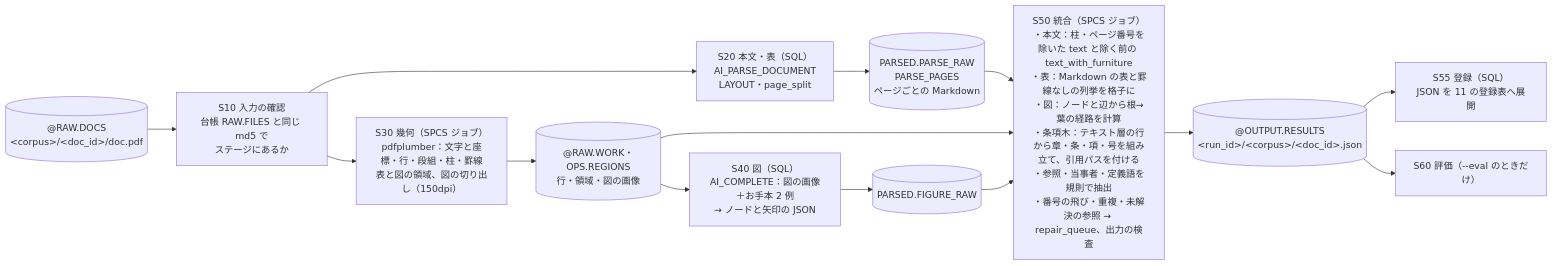
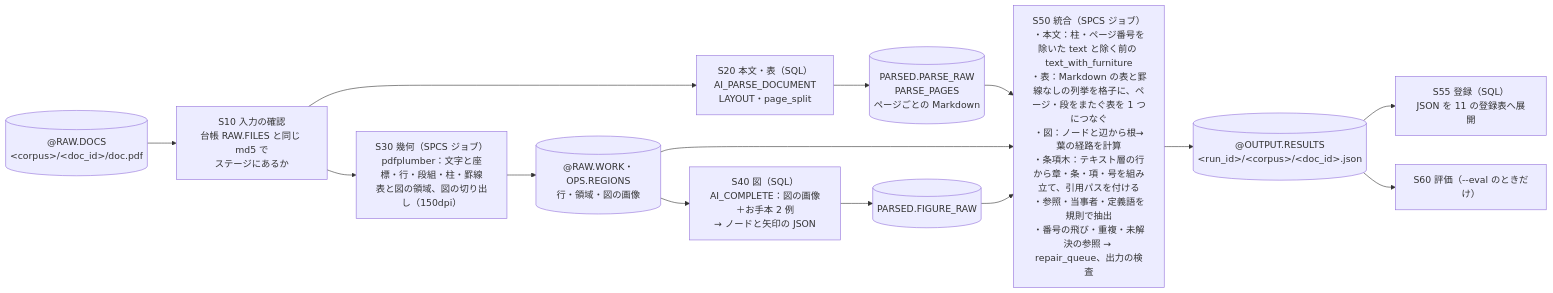
The sixth of 11 diagrams in handson/read-japanese-structured-document/README.md (Snowflake-Labs/sf-samples-jp), drawn with Mermaid before and after one commit. The commit also changed other lines of this file and 14 other files, not shown here.

````diff
--- a/handson/read-japanese-structured-document/README.md
+++ b/handson/read-japanese-structured-document/README.md
@@ -333,18 +334,18 @@
 ```mermaid
 flowchart LR
     pdf[("@RAW.DOCS<br/>&lt;corpus&gt;/&lt;doc_id&gt;/doc.pdf")]
     pdf --> s10["S10 入力の確認<br/>台帳 RAW.FILES と同じ md5 で<br/>ステージにあるか"]
     s10 --> s20["S20 本文・表（SQL）<br/>AI_PARSE_DOCUMENT<br/>LAYOUT・page_split"]
     s10 --> s30["S30 幾何（SPCS ジョブ）<br/>pdfplumber：文字と座標・行・段組・柱・罫線<br/>表と図の領域、図の切り出し（150dpi）"]
     s20 --> c1[("PARSED.PARSE_RAW<br/>PARSE_PAGES<br/>ページごとの Markdown")]
     s30 --> w[("@RAW.WORK・OPS.REGIONS<br/>行・領域・図の画像")]
     w --> s40["S40 図（SQL）<br/>AI_COMPLETE：図の画像＋お手本 2 例<br/>→ ノードと矢印の JSON"]
     s40 --> c2[("PARSED.FIGURE_RAW")]
     c1 --> s50
     w --> s50
     c2 --> s50
-    s50["S50 統合（SPCS ジョブ）<br/>・本文：柱・ページ番号を除いた text と除く前の text_with_furniture<br/>・表：Markdown の表と罫線なしの列挙を格子に<br/>・図：ノードと辺から根→葉の経路を計算<br/>・条項木：テキスト層の行から章・条・項・号を組み立て、引用パスを付ける<br/>・参照・当事者・定義語を規則で抽出<br/>・番号の飛び・重複・未解決の参照 → repair_queue、出力の検査"]
+    s50["S50 統合（SPCS ジョブ）<br/>・本文：柱・ページ番号を除いた text と除く前の text_with_furniture<br/>・表：Markdown の表と罫線なしの列挙を格子に、ページ・段をまたぐ表を 1 つにつなぐ<br/>・図：ノードと辺から根→葉の経路を計算<br/>・条項木：テキスト層の行から章・条・項・号を組み立て、引用パスを付ける<br/>・参照・当事者・定義語を規則で抽出<br/>・番号の飛び・重複・未解決の参照 → repair_queue、出力の検査"]
     s50 --> out[("@OUTPUT.RESULTS<br/>&lt;run_id&gt;/&lt;corpus&gt;/&lt;doc_id&gt;.json")]
     out --> s55["S55 登録（SQL）<br/>JSON を 11 の登録表へ展開"]
     out --> s60["S60 評価（--eval のときだけ）"]
 ```
````
